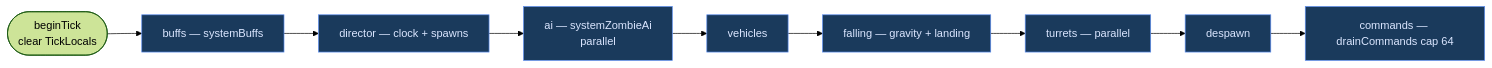
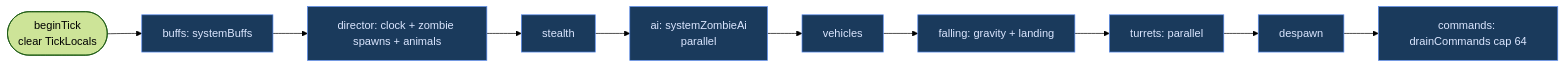
The diagram in docs/ECS_SYSTEMS.md (hordeforge/zdtd-server), drawn with Mermaid (forest theme) before and after one commit. The commit also changed other lines of this file and 4 other files, not shown here.

````diff
--- a/docs/ECS_SYSTEMS.md
+++ b/docs/ECS_SYSTEMS.md
@@ -69,15 +69,16 @@
 ```mermaid
 flowchart LR
     BEGIN([beginTick<br/>clear TickLocals]) --> BUFFS
-    BUFFS[buffs — systemBuffs] --> DIR
-    DIR[director — clock + spawns] --> AI
-    AI[ai — systemZombieAi<br/>parallel] --> VEH
+    BUFFS[buffs: systemBuffs] --> DIR
+    DIR[director: clock + zombie spawns + animals] --> STEALTH
+    STEALTH[stealth] --> AI
+    AI[ai: systemZombieAi<br/>parallel] --> VEH
     VEH[vehicles] --> FALL
-    FALL[falling — gravity + landing] --> TUR
-    TUR[turrets — parallel] --> DESP
+    FALL[falling: gravity + landing] --> TUR
+    TUR[turrets: parallel] --> DESP
     DESP[despawn] --> CMDS
-    CMDS[commands — drainCommands cap 64]
+    CMDS[commands: drainCommands cap 64]
 
     classDef phase fill:#1a3a5c,stroke:#5b8def,color:#dbe6ff
-    class BUFFS,DIR,AI,VEH,FALL,TUR,DESP,CMDS phase
+    class BUFFS,DIR,STEALTH,AI,VEH,FALL,TUR,DESP,CMDS phase
 ```
````
